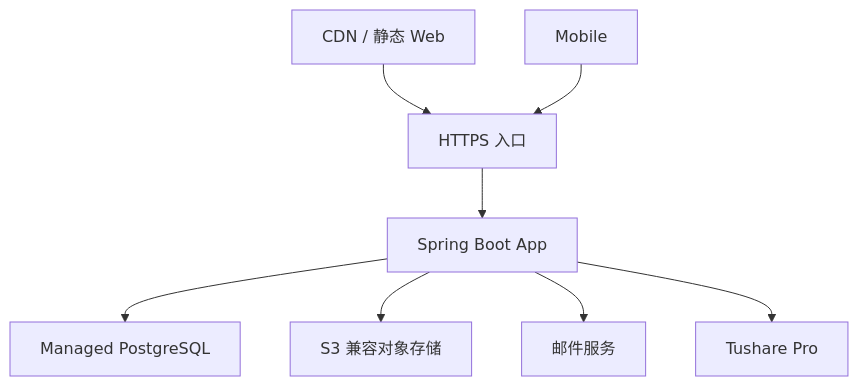
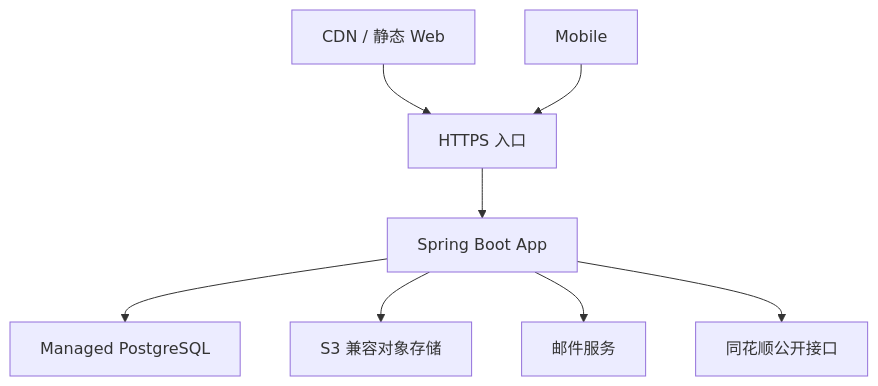
Before and after one commit to MLYR/Ziji: the fifth of 5 diagrams in doc/系统架构设计.md, drawn with Mermaid. The commit also changed other lines of this file and 9 other files, not shown here.

````diff
--- a/doc/系统架构设计.md
+++ b/doc/系统架构设计.md
@@ -658,10 +659,10 @@
 ```mermaid
 flowchart TB
     CDN["CDN / 静态 Web"] --> LB["HTTPS 入口"]
     Mobile["Mobile"] --> LB
     LB --> App1["Spring Boot App"]
     App1 --> PG["Managed PostgreSQL"]
     App1 --> S3["S3 兼容对象存储"]
     App1 --> Email["邮件服务"]
-    App1 --> TS["Tushare Pro"]
+    App1 --> TS["同花顺公开接口"]
 ```
````
